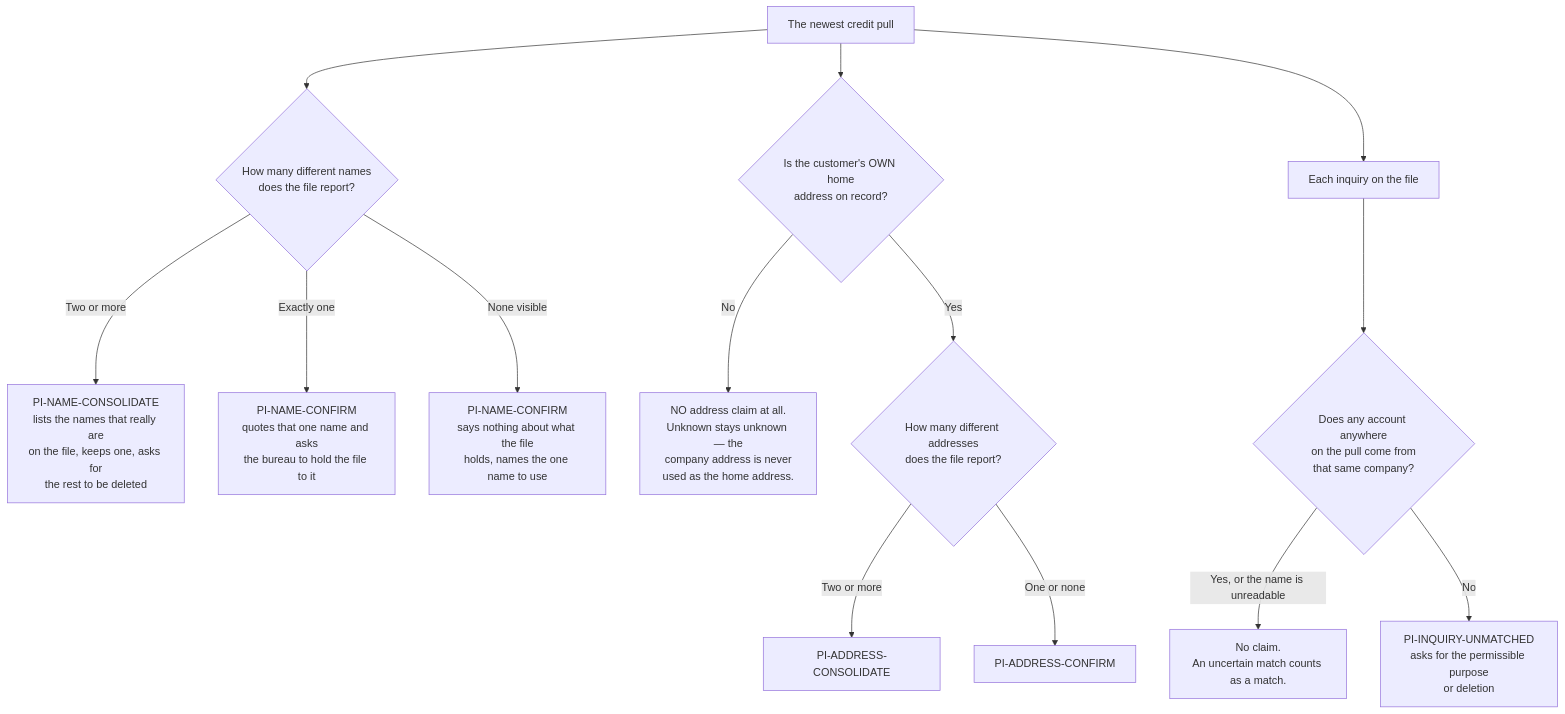
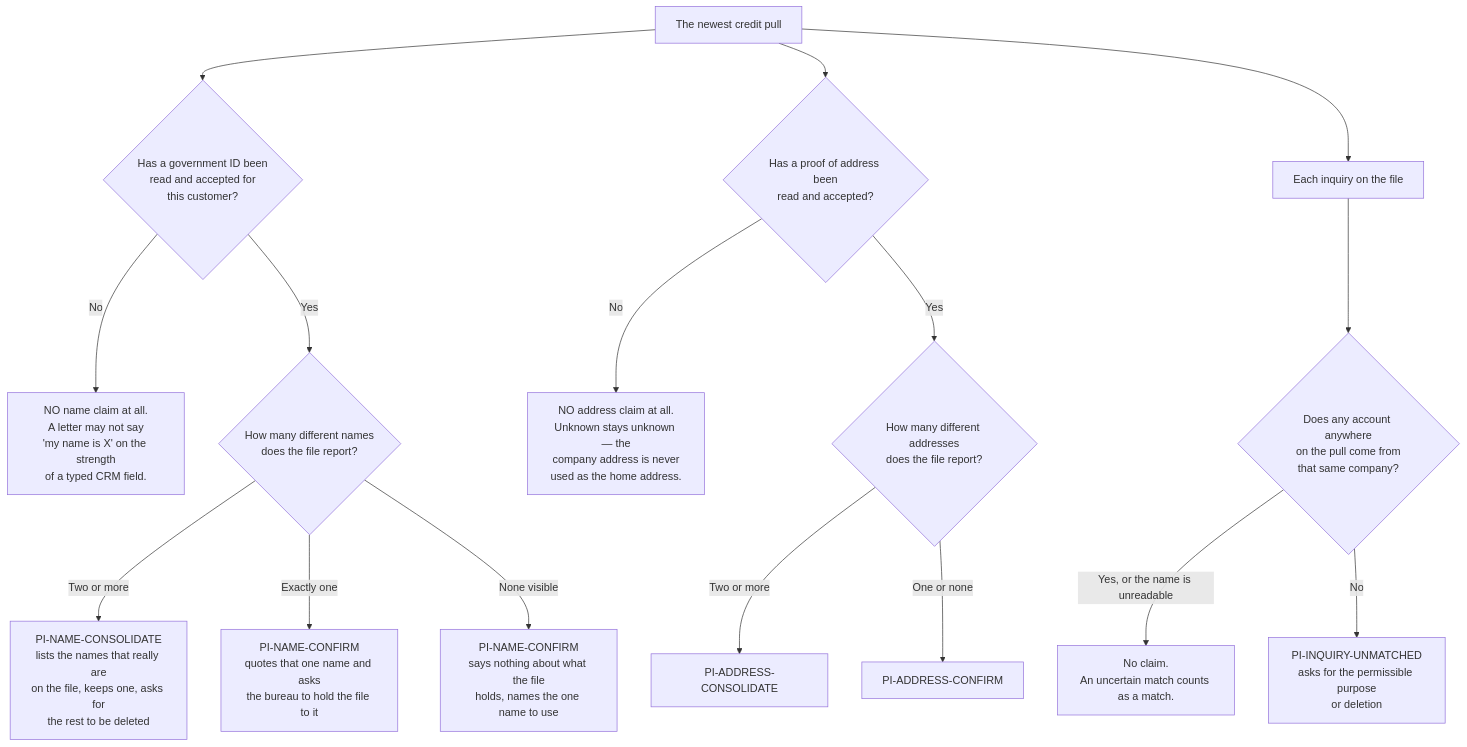
The second of 2 diagrams in docs/journeys/repair-floor-flow.md (ZootimusMaximusSupreme/Fundhub_ai), drawn with Mermaid before and after one commit. The commit also changed other lines of this file and 10 other files, not shown here.

First line of the commit message:
The mixed letter stops arguing with itself, and the name on it comes from a document again

````diff
--- a/docs/journeys/repair-floor-flow.md
+++ b/docs/journeys/repair-floor-flow.md
@@ -54,18 +55,20 @@
 ```mermaid
 flowchart TD
-    S[The newest credit pull] --> N{How many different names<br/>does the file report?}
+    S[The newest credit pull] --> V0{Has a government ID been<br/>read and accepted for<br/>this customer?}
+    V0 -->|No| V1[NO name claim at all.<br/>A letter may not say<br/>'my name is X' on the strength<br/>of a typed CRM field.]
+    V0 -->|Yes| N{How many different names<br/>does the file report?}
     N -->|Two or more| N2[PI-NAME-CONSOLIDATE<br/>lists the names that really are<br/>on the file, keeps one, asks for<br/>the rest to be deleted]
     N -->|Exactly one| N1[PI-NAME-CONFIRM<br/>quotes that one name and asks<br/>the bureau to hold the file to it]
     N -->|None visible| N0[PI-NAME-CONFIRM<br/>says nothing about what the file<br/>holds, names the one name to use]
 
-    S --> A0{Is the customer's OWN home<br/>address on record?}
+    S --> A0{Has a proof of address been<br/>read and accepted?}
     A0 -->|No| A1[NO address claim at all.<br/>Unknown stays unknown — the<br/>company address is never<br/>used as the home address.]
     A0 -->|Yes| D{How many different addresses<br/>does the file report?}
     D -->|Two or more| D2[PI-ADDRESS-CONSOLIDATE]
     D -->|One or none| D1[PI-ADDRESS-CONFIRM]
 
     S --> Q[Each inquiry on the file]
     Q --> Q1{Does any account anywhere<br/>on the pull come from<br/>that same company?}
     Q1 -->|Yes, or the name is unreadable| Q2[No claim.<br/>An uncertain match counts as a match.]
     Q1 -->|No| Q3[PI-INQUIRY-UNMATCHED<br/>asks for the permissible purpose<br/>or deletion]
 ```
````
